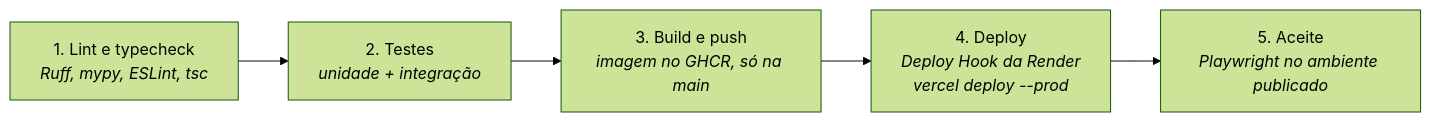
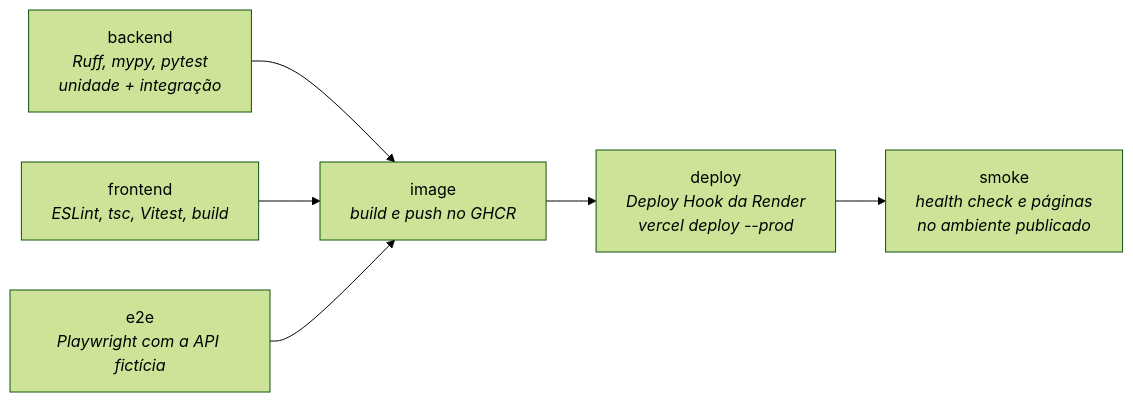
One commit to JonasRocha189/postpilot-ai changed the second of 2 diagrams in _docs/implantacao.md. Above: the diagram before and after it, drawn with Mermaid (forest theme). The commit also changed other lines of this file and 3 other files, not shown here.

````diff
--- a/_docs/implantacao.md
+++ b/_docs/implantacao.md
@@ -60,10 +62,14 @@
 ```mermaid
 flowchart LR
-    lint["1. Lint e typecheck<br/><i>Ruff, mypy, ESLint, tsc</i>"]
-    test["2. Testes<br/><i>unidade + integração</i>"]
-    build["3. Build e push<br/><i>imagem no GHCR, só na main</i>"]
-    deploy["4. Deploy<br/><i>Deploy Hook da Render<br/>vercel deploy --prod</i>"]
-    e2e["5. Aceite<br/><i>Playwright no ambiente publicado</i>"]
+    backend["backend<br/><i>Ruff, mypy, pytest<br/>unidade + integração</i>"]
+    frontend["frontend<br/><i>ESLint, tsc, Vitest, build</i>"]
+    e2e["e2e<br/><i>Playwright com a API fictícia</i>"]
+    image["image<br/><i>build e push no GHCR</i>"]
+    deploy["deploy<br/><i>Deploy Hook da Render<br/>vercel deploy --prod</i>"]
+    smoke["smoke<br/><i>health check e páginas<br/>no ambiente publicado</i>"]
 
-    lint --> test --> build --> deploy --> e2e
+    backend --> image
+    frontend --> image
+    e2e --> image
+    image --> deploy --> smoke
 ```
````
